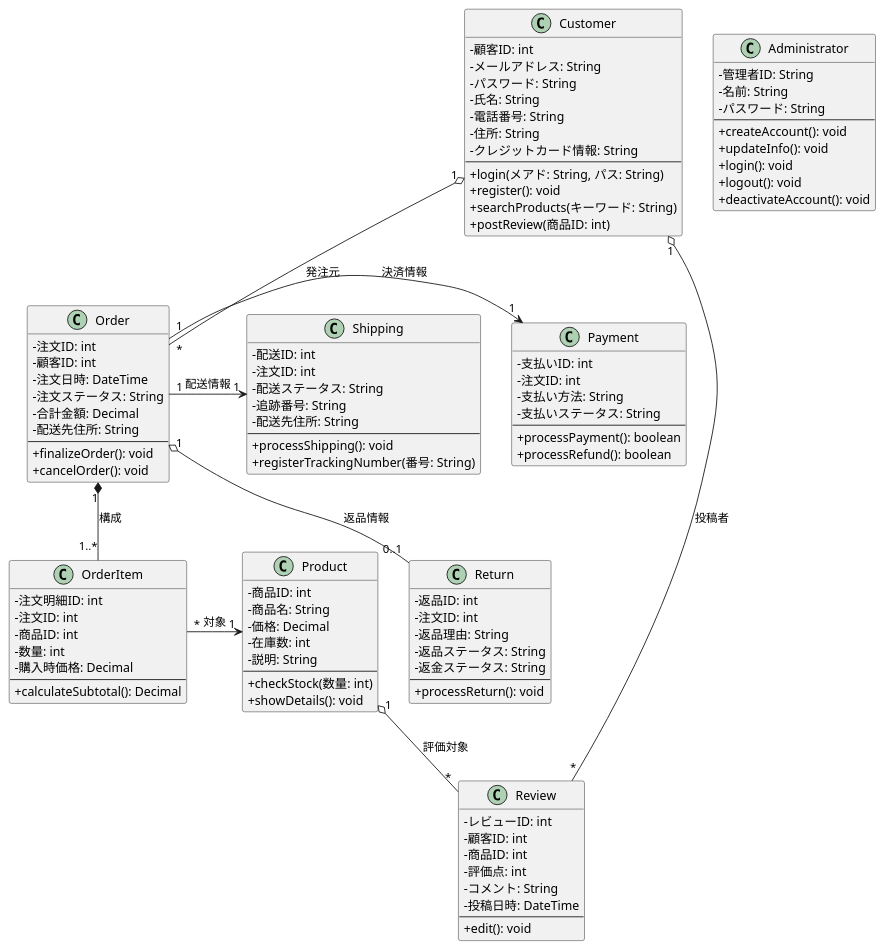
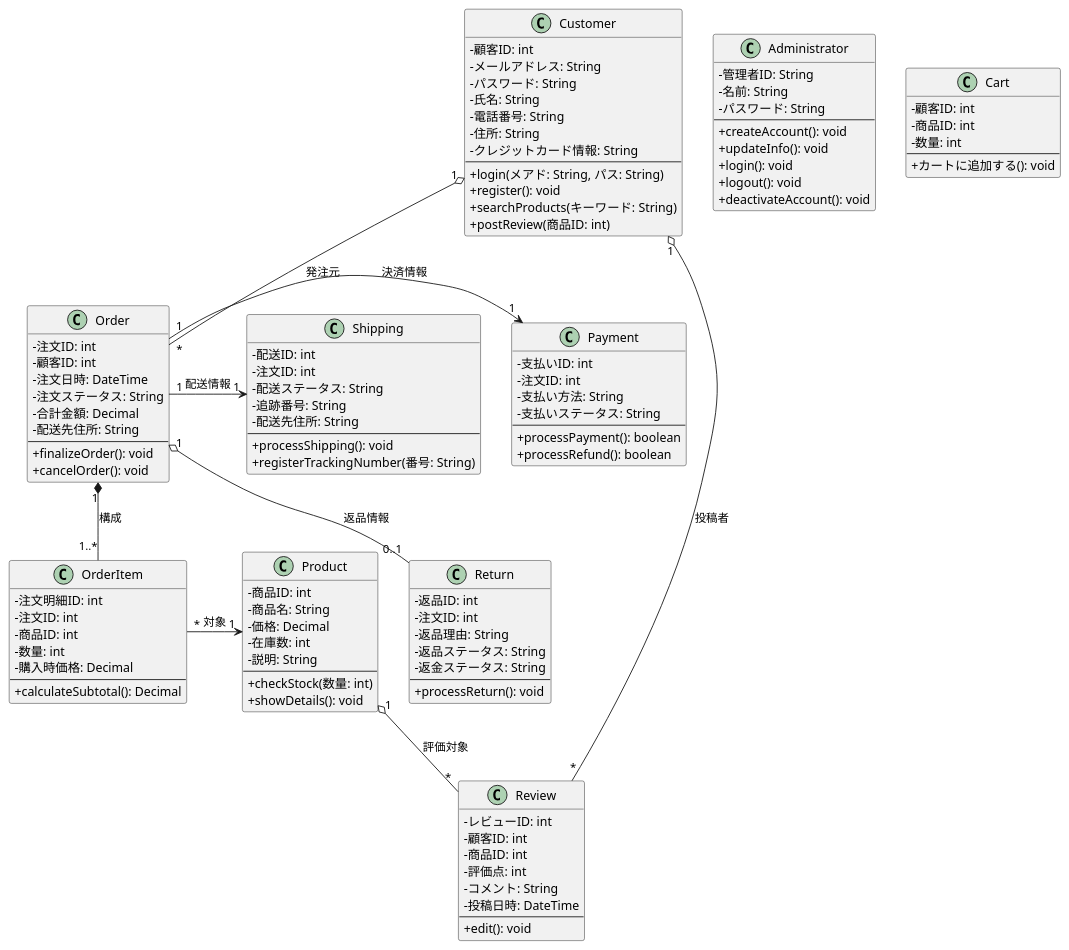
Before and after one commit to mameiku/group3-4: the diagram in class.pu, drawn with PlantUML.

Commit message:
コミット

```diff
--- a/class.pu
+++ b/class.pu
@@ -1,136 +1,144 @@
 @startuml .
 skinparam handwritten false
 skinparam classAttributeIconSize 0
 skinparam defaultFontName "メイリオ"
 
 class Administrator {
     - 管理者ID: String
     - 名前: String
     - パスワード: String
     --
     + createAccount(): void
     + updateInfo(): void
     + login(): void
     + logout(): void
     + deactivateAccount(): void
 }
 
 class Customer {
     - 顧客ID: int
     - メールアドレス: String
     - パスワード: String
     - 氏名: String
     - 電話番号: String
     - 住所: String
     - クレジットカード情報: String
     --
     + login(メアド: String, パス: String)
     + register(): void
     + searchProducts(キーワード: String)
     + postReview(商品ID: int)
 }
 
 class Product {
     - 商品ID: int
     - 商品名: String
     - 価格: Decimal
     - 在庫数: int
     - 説明: String
     --
     + checkStock(数量: int)
     + showDetails(): void
 }
 
 class Order {
     - 注文ID: int
     - 顧客ID: int
     - 注文日時: DateTime
     - 注文ステータス: String
     - 合計金額: Decimal
     - 配送先住所: String
     --
     + finalizeOrder(): void
     + cancelOrder(): void
 }
 
 class OrderItem {
     - 注文明細ID: int
     - 注文ID: int
     - 商品ID: int
     - 数量: int
     - 購入時価格: Decimal
     --
     + calculateSubtotal(): Decimal
 }
 
 class Review {
     - レビューID: int
     - 顧客ID: int
     - 商品ID: int
     - 評価点: int
     - コメント: String
     - 投稿日時: DateTime
     --
     + edit(): void
 }
 
 class Payment {
     - 支払いID: int
     - 注文ID: int
     - 支払い方法: String
     - 支払いステータス: String
     --
     + processPayment(): boolean
     + processRefund(): boolean
 }
 
 class Shipping {
     - 配送ID: int
     - 注文ID: int
     - 配送ステータス: String
     - 追跡番号: String
     - 配送先住所: String
     --
     + processShipping(): void
     + registerTrackingNumber(番号: String)
 }
 
 class Return {
     - 返品ID: int
     - 注文ID: int
     - 返品理由: String
     - 返品ステータス: String
     - 返金ステータス: String
     --
     + processReturn(): void
 }
 
+class Cart {
+    - 顧客ID: int
+    - 商品ID: int
+    - 数量: int
+    --
+    + カートに追加する(): void
+}
+
 ' ====================================================================
 ' 関連定義
 ' ====================================================================
 
 ' 顧客 - 注文 (1対多)
 Customer "1" o-- "*" Order : 発注元
 
 ' 注文 - 注文明細 (1対多/コンポジション)
 Order "1" *-- "1..*" OrderItem : 構成
 
 ' 注文明細 -> 商品 (多対1/一方向)
 OrderItem "*" -> "1" Product : 対象
 
 ' 顧客 - レビュー (1対多)
 Customer "1" o-- "*" Review : 投稿者
 
 ' 商品 - レビュー (1対多)
 Product "1" o-- "*" Review : 評価対象
 
 ' 注文 -> 支払い (1対1/一方向)
 Order "1" -> "1" Payment : 決済情報
 
 ' 注文 -> 配送 (1対1/一方向)
 Order "1" -> "1" Shipping : 配送情報
 
 ' 注文 - 返品 (1対0..1)
 Order "1" o-- "0..1" Return : 返品情報
 
 @enduml
```
